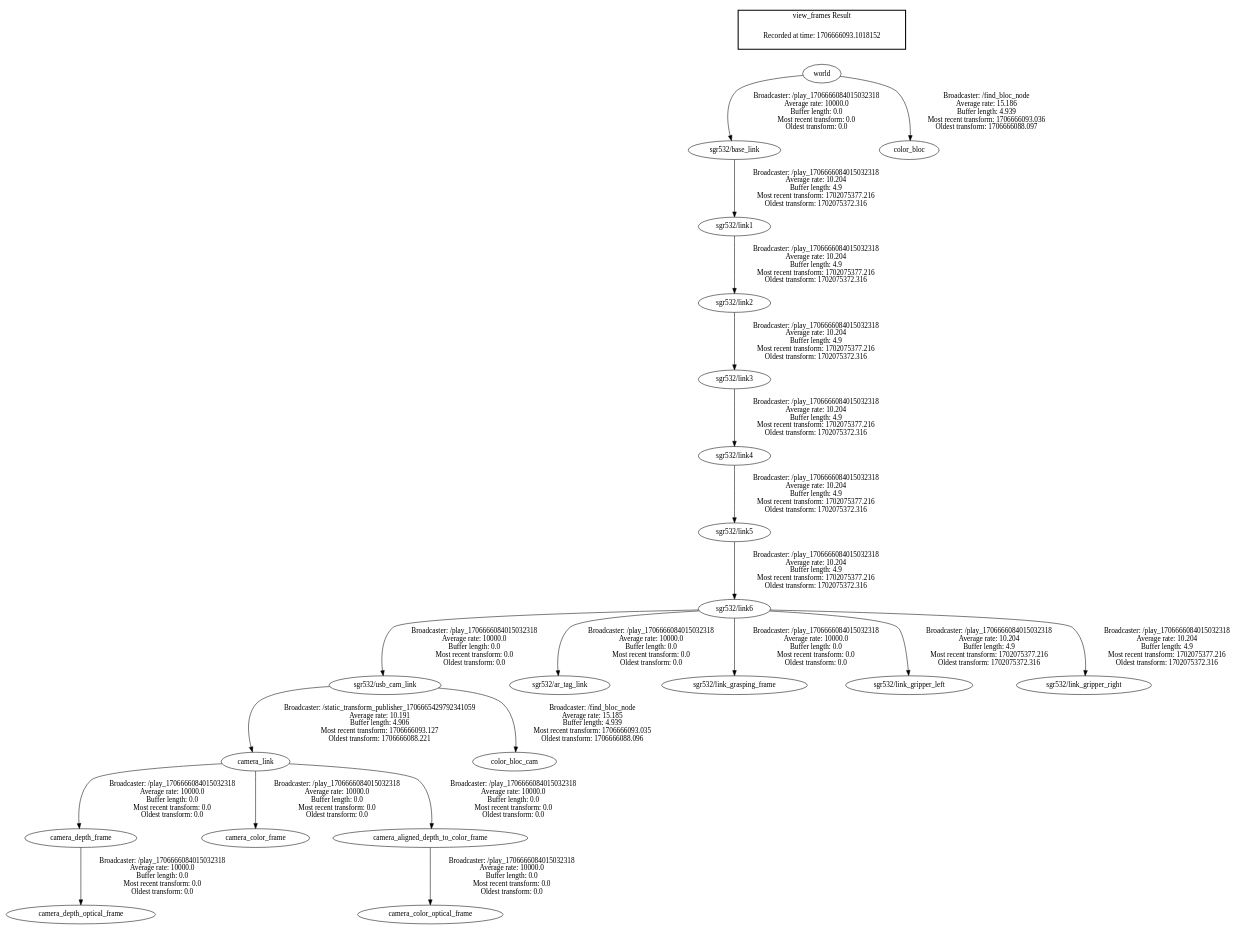
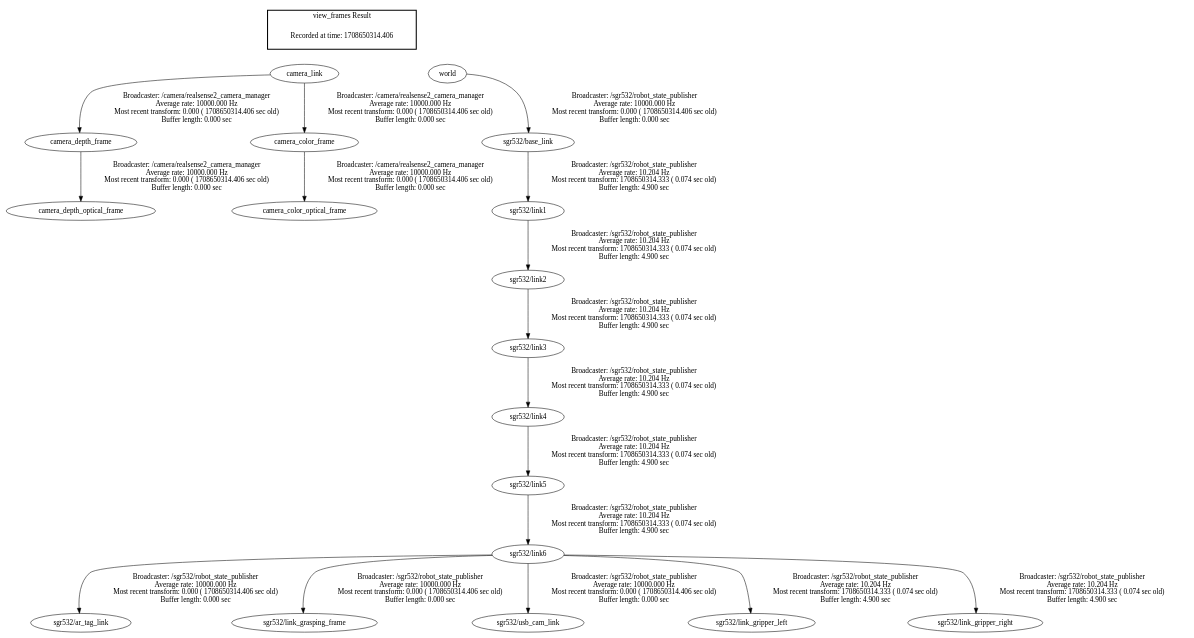
One commit to rdumas01/capstone120 changed the diagram in frames.gv. Above: the diagram before and after it, drawn with Graphviz. The commit also changed 6 other files, not shown here.

```diff
--- a/frames.gv
+++ b/frames.gv
@@ -1,26 +1,26 @@
 digraph G {
-"camera_link" -> "camera_depth_frame"[label=" Broadcaster: /play_1706666084015032318\nAverage rate: 10000.0\nBuffer length: 0.0\nMost recent transform: 0.0\nOldest transform: 0.0\n"];
-"sgr532/usb_cam_link" -> "camera_link"[label=" Broadcaster: /static_transform_publisher_1706665429792341059\nAverage rate: 10.191\nBuffer length: 4.906\nMost recent transform: 1706666093.127\nOldest transform: 1706666088.221\n"];
-"camera_depth_frame" -> "camera_depth_optical_frame"[label=" Broadcaster: /play_1706666084015032318\nAverage rate: 10000.0\nBuffer length: 0.0\nMost recent transform: 0.0\nOldest transform: 0.0\n"];
-"camera_link" -> "camera_color_frame"[label=" Broadcaster: /play_1706666084015032318\nAverage rate: 10000.0\nBuffer length: 0.0\nMost recent transform: 0.0\nOldest transform: 0.0\n"];
-"camera_aligned_depth_to_color_frame" -> "camera_color_optical_frame"[label=" Broadcaster: /play_1706666084015032318\nAverage rate: 10000.0\nBuffer length: 0.0\nMost recent transform: 0.0\nOldest transform: 0.0\n"];
-"camera_link" -> "camera_aligned_depth_to_color_frame"[label=" Broadcaster: /play_1706666084015032318\nAverage rate: 10000.0\nBuffer length: 0.0\nMost recent transform: 0.0\nOldest transform: 0.0\n"];
-"world" -> "sgr532/base_link"[label=" Broadcaster: /play_1706666084015032318\nAverage rate: 10000.0\nBuffer length: 0.0\nMost recent transform: 0.0\nOldest transform: 0.0\n"];
-"sgr532/link6" -> "sgr532/ar_tag_link"[label=" Broadcaster: /play_1706666084015032318\nAverage rate: 10000.0\nBuffer length: 0.0\nMost recent transform: 0.0\nOldest transform: 0.0\n"];
-"sgr532/link5" -> "sgr532/link6"[label=" Broadcaster: /play_1706666084015032318\nAverage rate: 10.204\nBuffer length: 4.9\nMost recent transform: 1702075377.216\nOldest transform: 1702075372.316\n"];
-"sgr532/link6" -> "sgr532/link_grasping_frame"[label=" Broadcaster: /play_1706666084015032318\nAverage rate: 10000.0\nBuffer length: 0.0\nMost recent transform: 0.0\nOldest transform: 0.0\n"];
-"sgr532/link6" -> "sgr532/usb_cam_link"[label=" Broadcaster: /play_1706666084015032318\nAverage rate: 10000.0\nBuffer length: 0.0\nMost recent transform: 0.0\nOldest transform: 0.0\n"];
-"sgr532/usb_cam_link" -> "color_bloc_cam"[label=" Broadcaster: /find_bloc_node\nAverage rate: 15.185\nBuffer length: 4.939\nMost recent transform: 1706666093.035\nOldest transform: 1706666088.096\n"];
-"world" -> "color_bloc"[label=" Broadcaster: /find_bloc_node\nAverage rate: 15.186\nBuffer length: 4.939\nMost recent transform: 1706666093.036\nOldest transform: 1706666088.097\n"];
-"sgr532/base_link" -> "sgr532/link1"[label=" Broadcaster: /play_1706666084015032318\nAverage rate: 10.204\nBuffer length: 4.9\nMost recent transform: 1702075377.216\nOldest transform: 1702075372.316\n"];
-"sgr532/link1" -> "sgr532/link2"[label=" Broadcaster: /play_1706666084015032318\nAverage rate: 10.204\nBuffer length: 4.9\nMost recent transform: 1702075377.216\nOldest transform: 1702075372.316\n"];
-"sgr532/link2" -> "sgr532/link3"[label=" Broadcaster: /play_1706666084015032318\nAverage rate: 10.204\nBuffer length: 4.9\nMost recent transform: 1702075377.216\nOldest transform: 1702075372.316\n"];
-"sgr532/link3" -> "sgr532/link4"[label=" Broadcaster: /play_1706666084015032318\nAverage rate: 10.204\nBuffer length: 4.9\nMost recent transform: 1702075377.216\nOldest transform: 1702075372.316\n"];
-"sgr532/link4" -> "sgr532/link5"[label=" Broadcaster: /play_1706666084015032318\nAverage rate: 10.204\nBuffer length: 4.9\nMost recent transform: 1702075377.216\nOldest transform: 1702075372.316\n"];
-"sgr532/link6" -> "sgr532/link_gripper_left"[label=" Broadcaster: /play_1706666084015032318\nAverage rate: 10.204\nBuffer length: 4.9\nMost recent transform: 1702075377.216\nOldest transform: 1702075372.316\n"];
-"sgr532/link6" -> "sgr532/link_gripper_right"[label=" Broadcaster: /play_1706666084015032318\nAverage rate: 10.204\nBuffer length: 4.9\nMost recent transform: 1702075377.216\nOldest transform: 1702075372.316\n"];
+"camera_link" -> "camera_depth_frame"[label="Broadcaster: /camera/realsense2_camera_manager\nAverage rate: 10000.000 Hz\nMost recent transform: 0.000 ( 1708650314.406 sec old)\nBuffer length: 0.000 sec\n"];
+"camera_depth_frame" -> "camera_depth_optical_frame"[label="Broadcaster: /camera/realsense2_camera_manager\nAverage rate: 10000.000 Hz\nMost recent transform: 0.000 ( 1708650314.406 sec old)\nBuffer length: 0.000 sec\n"];
+"camera_link" -> "camera_color_frame"[label="Broadcaster: /camera/realsense2_camera_manager\nAverage rate: 10000.000 Hz\nMost recent transform: 0.000 ( 1708650314.406 sec old)\nBuffer length: 0.000 sec\n"];
+"camera_color_frame" -> "camera_color_optical_frame"[label="Broadcaster: /camera/realsense2_camera_manager\nAverage rate: 10000.000 Hz\nMost recent transform: 0.000 ( 1708650314.406 sec old)\nBuffer length: 0.000 sec\n"];
+"world" -> "sgr532/base_link"[label="Broadcaster: /sgr532/robot_state_publisher\nAverage rate: 10000.000 Hz\nMost recent transform: 0.000 ( 1708650314.406 sec old)\nBuffer length: 0.000 sec\n"];
+"sgr532/link6" -> "sgr532/ar_tag_link"[label="Broadcaster: /sgr532/robot_state_publisher\nAverage rate: 10000.000 Hz\nMost recent transform: 0.000 ( 1708650314.406 sec old)\nBuffer length: 0.000 sec\n"];
+"sgr532/link5" -> "sgr532/link6"[label="Broadcaster: /sgr532/robot_state_publisher\nAverage rate: 10.204 Hz\nMost recent transform: 1708650314.333 ( 0.074 sec old)\nBuffer length: 4.900 sec\n"];
+"sgr532/link6" -> "sgr532/link_grasping_frame"[label="Broadcaster: /sgr532/robot_state_publisher\nAverage rate: 10000.000 Hz\nMost recent transform: 0.000 ( 1708650314.406 sec old)\nBuffer length: 0.000 sec\n"];
+"sgr532/link6" -> "sgr532/usb_cam_link"[label="Broadcaster: /sgr532/robot_state_publisher\nAverage rate: 10000.000 Hz\nMost recent transform: 0.000 ( 1708650314.406 sec old)\nBuffer length: 0.000 sec\n"];
+"sgr532/base_link" -> "sgr532/link1"[label="Broadcaster: /sgr532/robot_state_publisher\nAverage rate: 10.204 Hz\nMost recent transform: 1708650314.333 ( 0.074 sec old)\nBuffer length: 4.900 sec\n"];
+"sgr532/link1" -> "sgr532/link2"[label="Broadcaster: /sgr532/robot_state_publisher\nAverage rate: 10.204 Hz\nMost recent transform: 1708650314.333 ( 0.074 sec old)\nBuffer length: 4.900 sec\n"];
+"sgr532/link2" -> "sgr532/link3"[label="Broadcaster: /sgr532/robot_state_publisher\nAverage rate: 10.204 Hz\nMost recent transform: 1708650314.333 ( 0.074 sec old)\nBuffer length: 4.900 sec\n"];
+"sgr532/link3" -> "sgr532/link4"[label="Broadcaster: /sgr532/robot_state_publisher\nAverage rate: 10.204 Hz\nMost recent transform: 1708650314.333 ( 0.074 sec old)\nBuffer length: 4.900 sec\n"];
+"sgr532/link4" -> "sgr532/link5"[label="Broadcaster: /sgr532/robot_state_publisher\nAverage rate: 10.204 Hz\nMost recent transform: 1708650314.333 ( 0.074 sec old)\nBuffer length: 4.900 sec\n"];
+"sgr532/link6" -> "sgr532/link_gripper_left"[label="Broadcaster: /sgr532/robot_state_publisher\nAverage rate: 10.204 Hz\nMost recent transform: 1708650314.333 ( 0.074 sec old)\nBuffer length: 4.900 sec\n"];
+"sgr532/link6" -> "sgr532/link_gripper_right"[label="Broadcaster: /sgr532/robot_state_publisher\nAverage rate: 10.204 Hz\nMost recent transform: 1708650314.333 ( 0.074 sec old)\nBuffer length: 4.900 sec\n"];
 edge [style=invis];
  subgraph cluster_legend { style=bold; color=black; label ="view_frames Result";
-"Recorded at time: 1706666093.1018152"[ shape=plaintext ] ;
-}->"world";
+"Recorded at time: 1708650314.406"[ shape=plaintext ] ;
+ }->"camera_link";
+edge [style=invis];
+ subgraph cluster_legend { style=bold; color=black; label ="view_frames Result";
+"Recorded at time: 1708650314.406"[ shape=plaintext ] ;
+ }->"world";
 }
```
